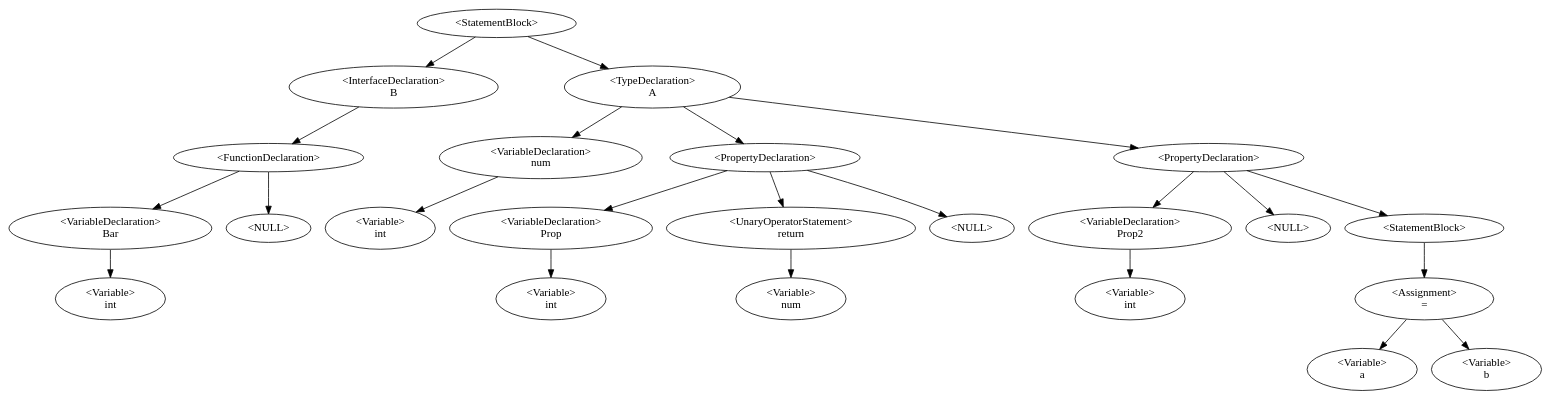
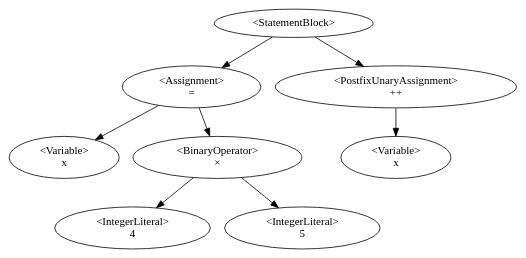
Before and after one commit to QazmoQwerty/dino: the diagram in Dino/Dino/AstDisplay.gv, drawn with Graphviz. The commit also changed 3 other files, not shown here.

```diff
--- a/Dino/Dino/AstDisplay.gv
+++ b/Dino/Dino/AstDisplay.gv
@@ -1,22 +1,10 @@
 digraph G {
-0 [label="<StatementBlock>"];0->1;0->5;
-1 [label="<InterfaceDeclaration>\nB"];1->4;
-4 [label="<FunctionDeclaration>\n"];4->3;4->-1;-1 [label="<NULL>"];
-3 [label="<VariableDeclaration>\nBar"];3->2;
-2 [label="<Variable>\nint"];
-5 [label="<TypeDeclaration>\nA"];5->7;5->10;5->15;
-7 [label="<VariableDeclaration>\nnum"];7->6;
-6 [label="<Variable>\nint"];
-10 [label="<PropertyDeclaration>"];10->9;10->11;10->-2;-2 [label="<NULL>"];
-9 [label="<VariableDeclaration>\nProp"];9->8;
-8 [label="<Variable>\nint"];
-11 [label="<UnaryOperatorStatement>\nreturn"];11->12;
-12 [label="<Variable>\nnum"];
-15 [label="<PropertyDeclaration>"];15->14;15->-3;-3 [label="<NULL>"];15->16;
-14 [label="<VariableDeclaration>\nProp2"];14->13;
-13 [label="<Variable>\nint"];
-16 [label="<StatementBlock>"];16->18;
-18 [label="<Assignment>\n="];18->17;18->19;
-17 [label="<Variable>\na"];
-19 [label="<Variable>\nb"];
+0 [label="<StatementBlock>"];0->2;0->7;
+2 [label="<Assignment>\n="];2->1;2->4;
+1 [label="<Variable>\nx"];
+4 [label="<BinaryOperator>\n×"];4->3;4->5;
+3 [label="<IntegerLiteral>\n4"];
+5 [label="<IntegerLiteral>\n5"];
+7 [label="<PostfixUnaryAssignment>\n++"];7->6;
+6 [label="<Variable>\nx"];
 }
```
